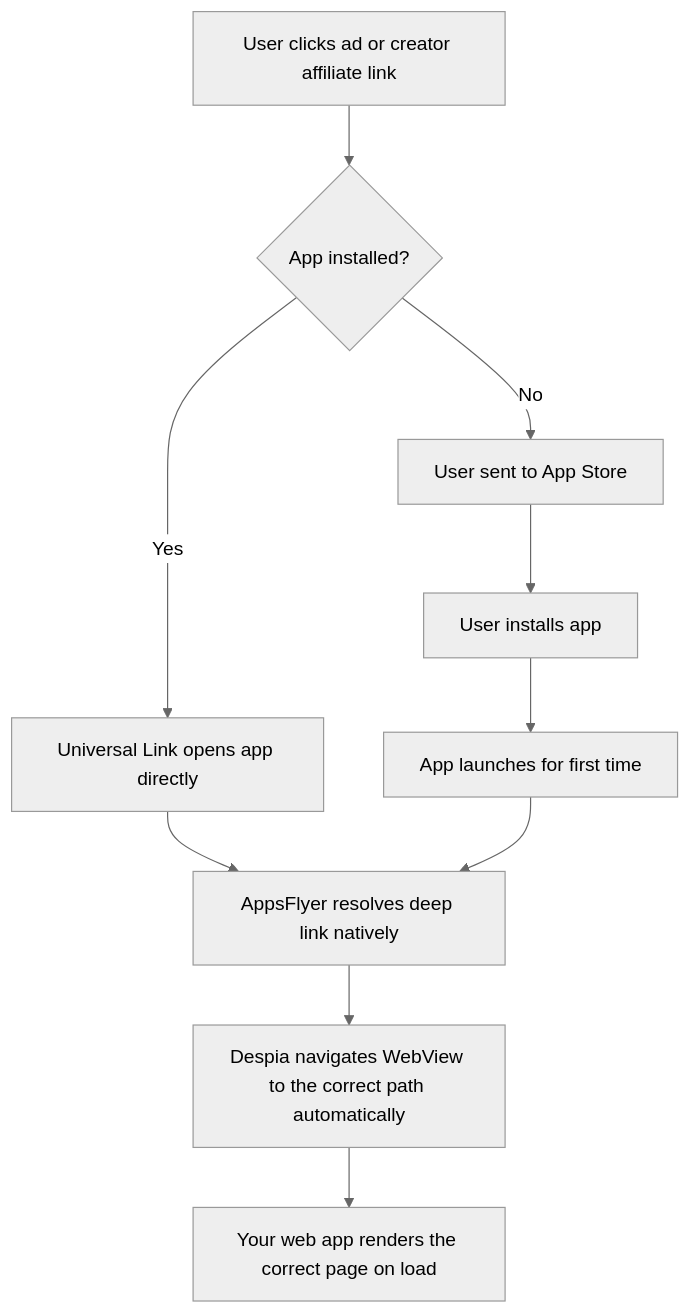
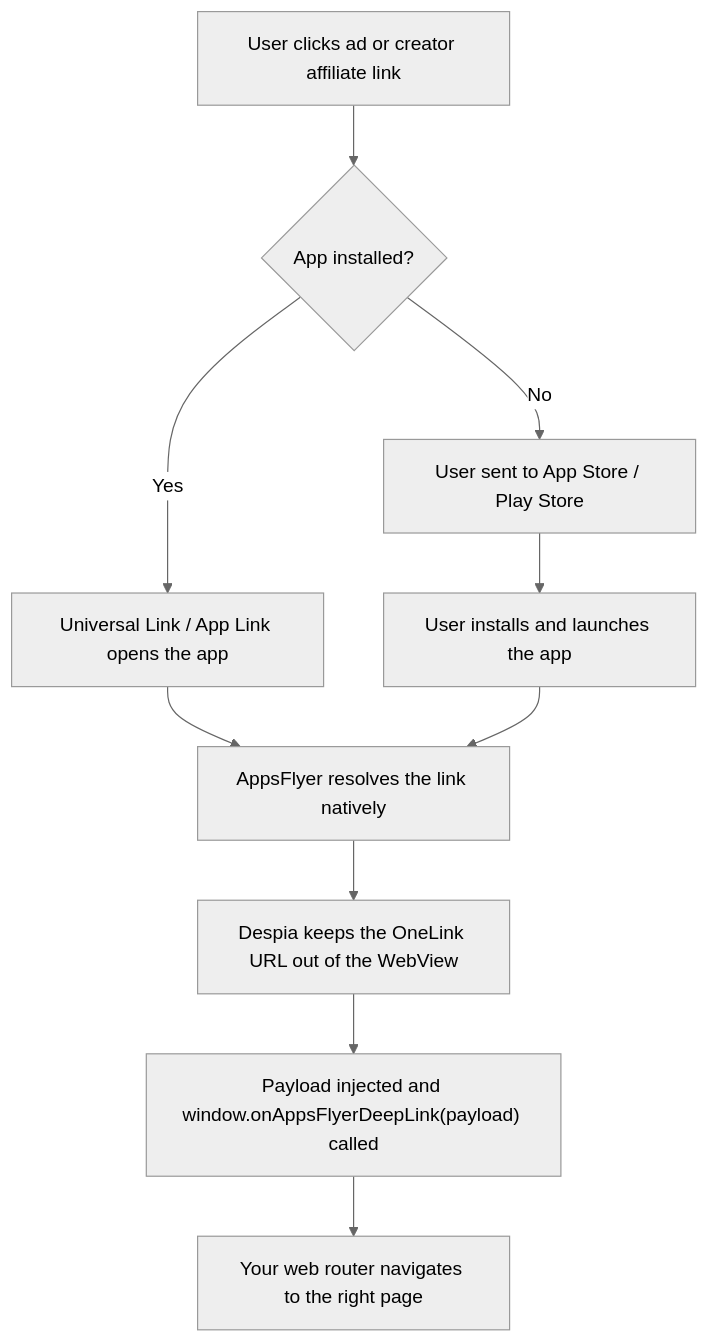
Before and after one commit to despia-native/docs: the diagram in analytics/appsflyer/deeplinking.mdx, drawn with Mermaid (neutral theme). The commit also changed other lines of this file and 9 other files, not shown here.

````diff
--- a/analytics/appsflyer/deeplinking.mdx
+++ b/analytics/appsflyer/deeplinking.mdx
@@ -58,12 +58,12 @@
 ```mermaid
 flowchart TD
     A["User clicks ad or creator affiliate link"] --> B{"App installed?"}
-    B -->|"Yes"| C["Universal Link opens app directly"]
-    B -->|"No"| D["User sent to App Store"]
-    D --> E["User installs app"]
-    E --> F["App launches for first time"]
-    C --> G["AppsFlyer resolves deep link natively"]
-    F --> G
-    G --> H["Despia navigates WebView to the correct path automatically"]
-    H --> I["Your web app renders the correct page on load"]
+    B -->|"Yes"| C["Universal Link / App Link opens the app"]
+    B -->|"No"| D["User sent to App Store / Play Store"]
+    D --> E["User installs and launches the app"]
+    C --> F["AppsFlyer resolves the link natively"]
+    E --> F
+    F --> G["Despia keeps the OneLink URL out of the WebView"]
+    G --> H["Payload injected and window.onAppsFlyerDeepLink(payload) called"]
+    H --> I["Your web router navigates to the right page"]
 ```
````
